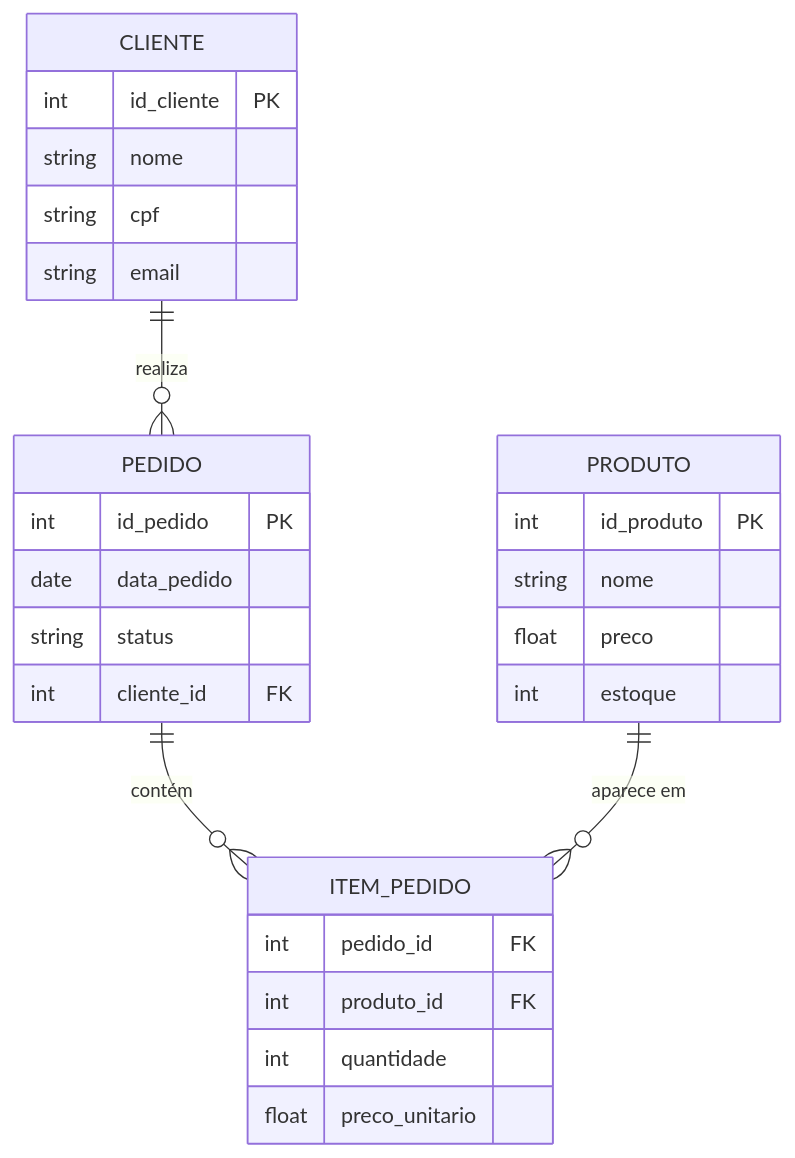
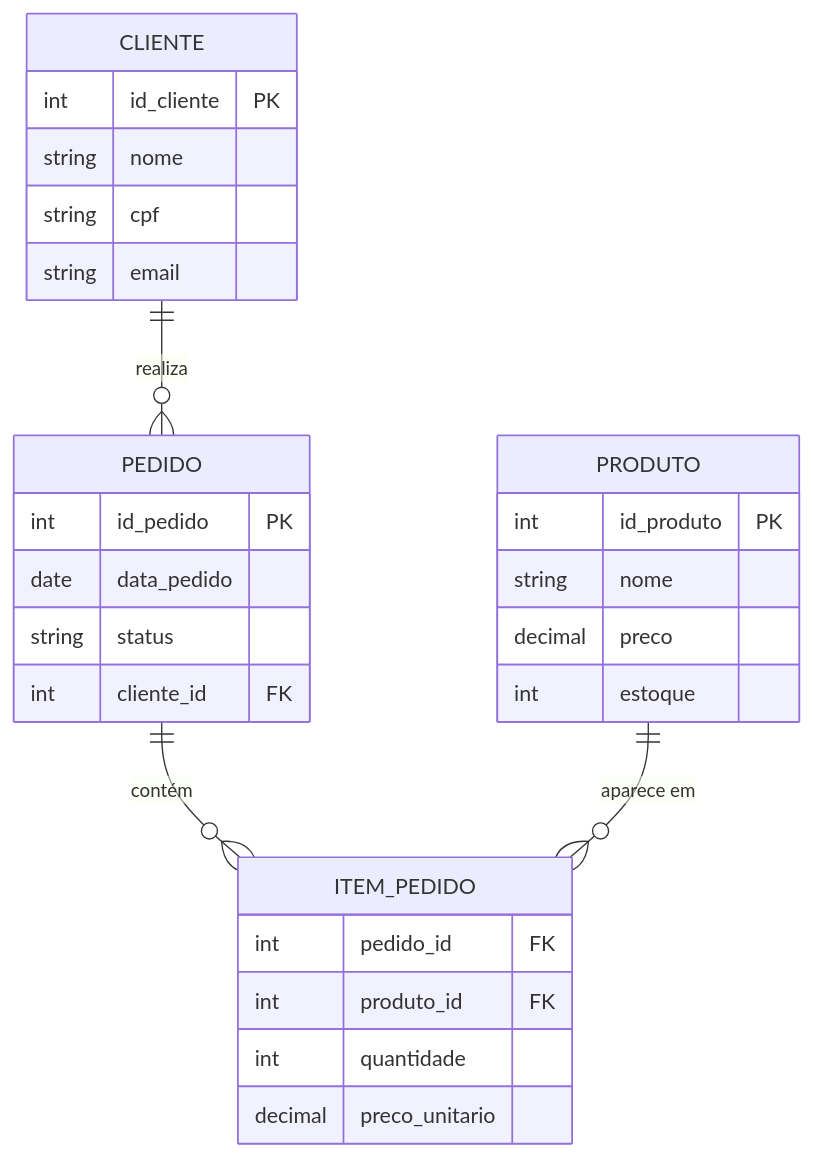
The fourth of 4 diagrams in aulas/Aula_04_Modelo_Logico_Relacional.md (GTI-Fatec-Jahu/Banco_Dados_Aplicacoes-GTI), drawn with Mermaid before and after one commit. The commit also changed other lines of this file and 9 other files, not shown here.

````diff
--- a/aulas/Aula_04_Modelo_Logico_Relacional.md
+++ b/aulas/Aula_04_Modelo_Logico_Relacional.md
@@ -177,31 +180,31 @@
 ```mermaid
 erDiagram
     CLIENTE ||--o{ PEDIDO : "realiza"
     PEDIDO ||--o{ ITEM_PEDIDO : "contém"
     PRODUTO ||--o{ ITEM_PEDIDO : "aparece em"
 
     CLIENTE {
         int id_cliente PK
         string nome
         string cpf
         string email
     }
     PEDIDO {
         int id_pedido PK
         date data_pedido
         string status
         int cliente_id FK
     }
     ITEM_PEDIDO {
         int pedido_id FK
         int produto_id FK
         int quantidade
-        float preco_unitario
+        decimal preco_unitario
     }
     PRODUTO {
         int id_produto PK
         string nome
-        float preco
+        decimal preco
         int estoque
     }
 ```
````
